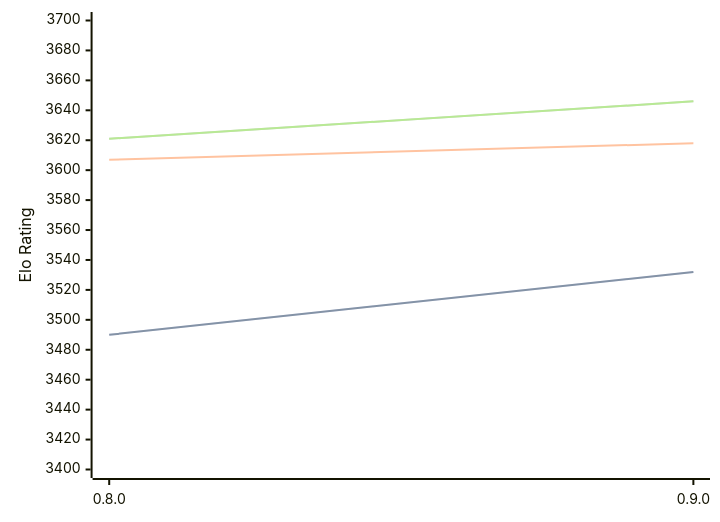
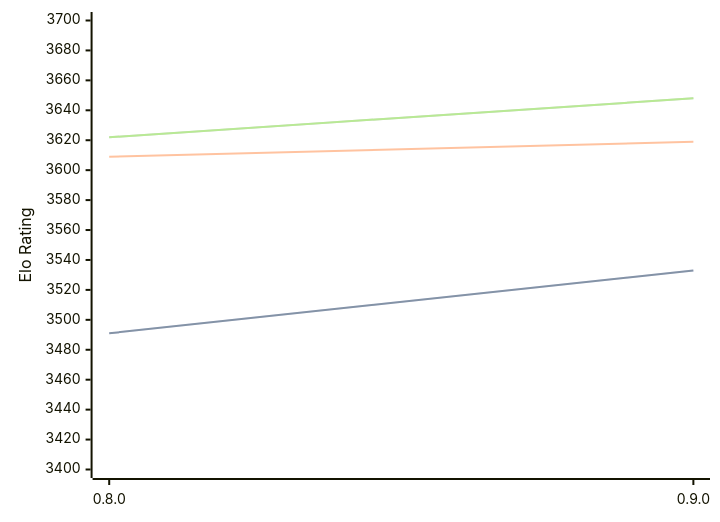
Before and after one commit to computer-chess-index/cci: the diagram in engines/Reckless.md, drawn with Mermaid. The commit also changed other lines of this file, not shown here.

Commit message:
Update CCI Ratings (ELO VLTC) - 2026-05-16

````diff
--- a/engines/Reckless.md
+++ b/engines/Reckless.md
@@ -39,11 +39,11 @@
 ```mermaid
 %%{init: {"theme":"base","themeVariables":{"seriesColors:['#a3a3a3','#222221','#faa371']}}}%%
 xychart-beta
   x-axis ["0.8.0", "0.9.0"]
   y-axis "Elo Rating" 3400 --> 3700
-  line "STC (8.0+0.08s)" [3490, 3532]
-  line "STC (8.0+0.08s)" [3490, 3532]
-  line "LTC (60.0+0.60s)" [3607, 3618]
-  line "VLTC (2m24s+1.12s)" [3621, 3646]
-  line "VLTC (2m24s+1.12s)" [3621, 3646]
+  line "STC (8.0+0.08s)" [3491, 3533]
+  line "STC (8.0+0.08s)" [3491, 3533]
+  line "LTC (60.0+0.60s)" [3609, 3619]
+  line "VLTC (2m24s+1.12s)" [3622, 3648]
+  line "VLTC (2m24s+1.12s)" [3622, 3648]
 ```
````
